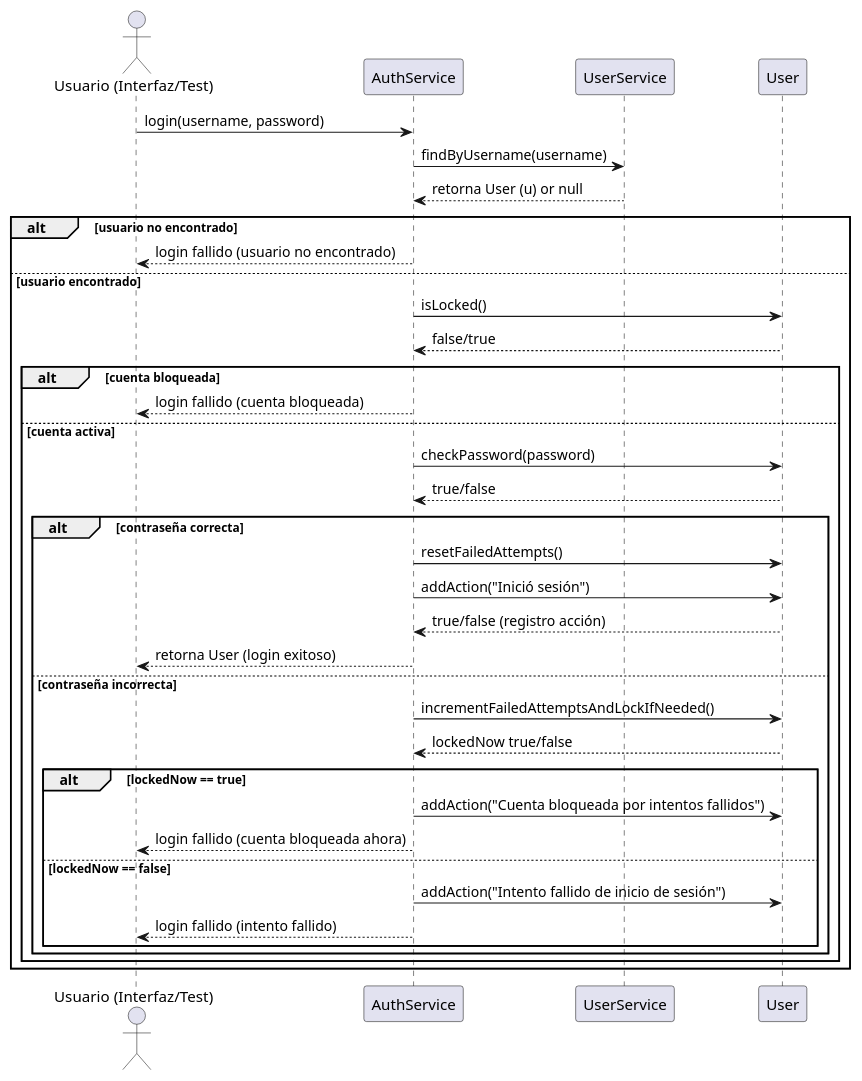
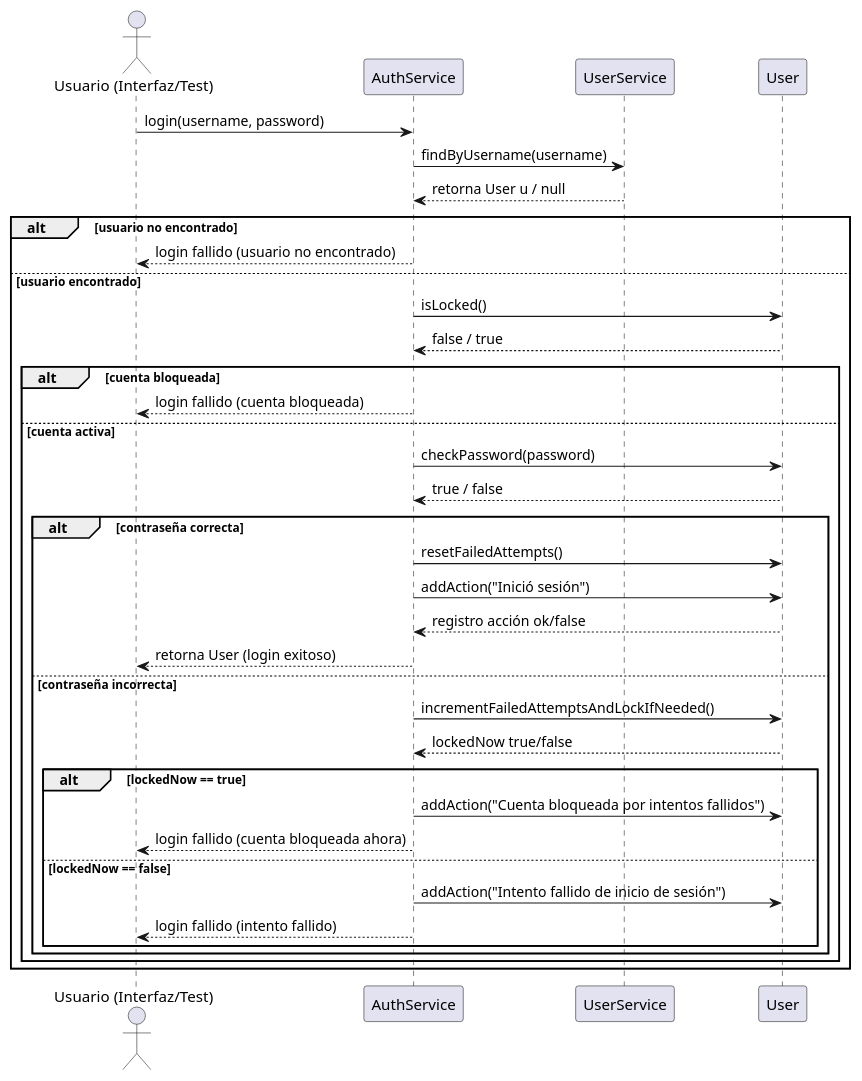
Before and after one commit to AXELR17/Curso-Java---Proyecto-2: the second of 3 diagrams in Uml/GestionClientes.plantuml, drawn with PlantUML. The commit also changed other lines of this file, not shown here.

Commit message:
Arreglo uml

```diff
--- a/Uml/GestionClientes.plantuml
+++ b/Uml/GestionClientes.plantuml
@@ -99,38 +95,38 @@
-@startuml Secuencia_Login_Bloqueo
+@startuml Secuencia_Login_Bloqueo_Codigo
 actor "Usuario (Interfaz/Test)" as Actor
 participant "AuthService" as Auth
 participant "UserService" as US
 participant "User" as U
 
 Actor -> Auth : login(username, password)
 Auth -> US : findByUsername(username)
-US --> Auth : retorna User (u) or null
+US --> Auth : retorna User u / null
 alt usuario no encontrado
     Auth --> Actor : login fallido (usuario no encontrado)
 else usuario encontrado
     Auth -> U : isLocked()
-    U --> Auth : false/true
+    U --> Auth : false / true
     alt cuenta bloqueada
         Auth --> Actor : login fallido (cuenta bloqueada)
     else cuenta activa
         Auth -> U : checkPassword(password)
-        U --> Auth : true/false
+        U --> Auth : true / false
         alt contraseña correcta
             Auth -> U : resetFailedAttempts()
             Auth -> U : addAction("Inició sesión")
-            U --> Auth : true/false (registro acción)
+            U --> Auth : registro acción ok/false
             Auth --> Actor : retorna User (login exitoso)
         else contraseña incorrecta
             Auth -> U : incrementFailedAttemptsAndLockIfNeeded()
             U --> Auth : lockedNow true/false
             alt lockedNow == true
                 Auth -> U : addAction("Cuenta bloqueada por intentos fallidos")
                 Auth --> Actor : login fallido (cuenta bloqueada ahora)
             else lockedNow == false
                 Auth -> U : addAction("Intento fallido de inicio de sesión")
                 Auth --> Actor : login fallido (intento fallido)
             end
         end
     end
 end
 @enduml
```
